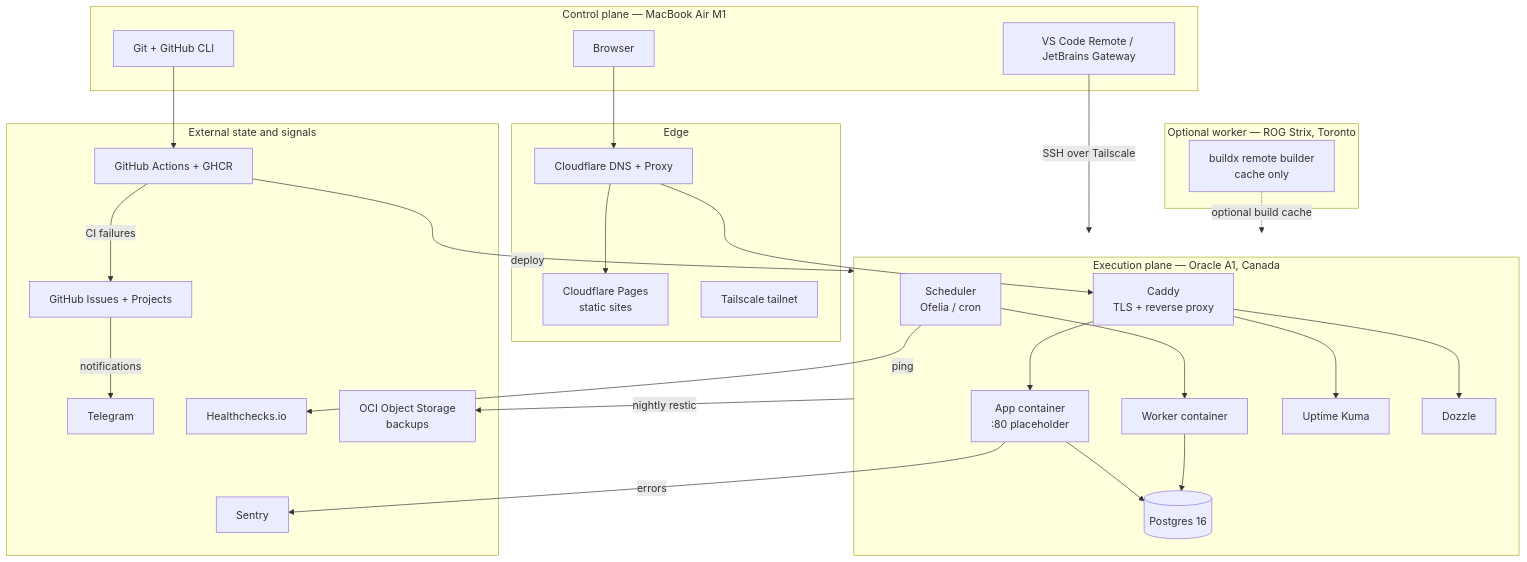
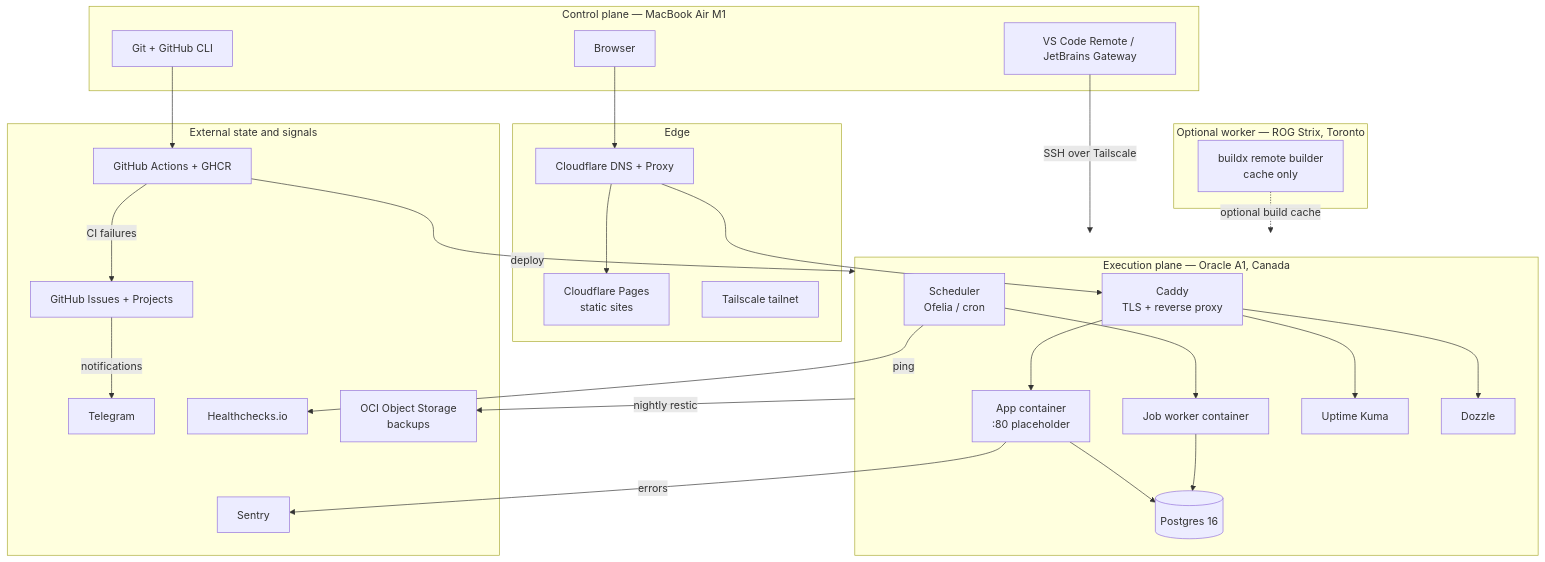
The first of 2 diagrams in docs/architecture.md (KshitijV97/dev-platform), drawn with Mermaid before and after one commit. The commit also changed other lines of this file and 11 other files, not shown here.

````diff
--- a/docs/architecture.md
+++ b/docs/architecture.md
@@ -9,56 +9,56 @@
 ```mermaid
 flowchart TB
   subgraph Client["Control plane — MacBook Air M1"]
     Editor["VS Code Remote / JetBrains Gateway"]
     Browser["Browser"]
     Git["Git + GitHub CLI"]
   end
 
   subgraph Edge["Edge"]
     CF["Cloudflare DNS + Proxy"]
     Pages["Cloudflare Pages<br/>static sites"]
     TS["Tailscale tailnet"]
   end
 
   subgraph Oracle["Execution plane — Oracle A1, Canada"]
     Caddy["Caddy<br/>TLS + reverse proxy"]
     App["App container<br/>:80 placeholder"]
-    Worker["Worker container"]
+    Worker["Job worker container"]
     PG[("Postgres 16")]
     Kuma["Uptime Kuma"]
     Dozzle["Dozzle"]
     Cron["Scheduler<br/>Ofelia / cron"]
   end
 
   subgraph External["External state and signals"]
     GH["GitHub Actions + GHCR"]
     Tracker["GitHub Issues + Projects"]
     TG["Telegram"]
     HC["Healthchecks.io"]
     Sentry["Sentry"]
     Obj["OCI Object Storage<br/>backups"]
   end
 
   subgraph Optional["Optional worker — ROG Strix, Toronto"]
     Buildx["buildx remote builder<br/>cache only"]
   end
 
   Editor -->|SSH over Tailscale| Oracle
   Browser --> CF
   CF --> Caddy
   CF --> Pages
   Git --> GH
   GH -->|deploy| Oracle
   GH -->|CI failures| Tracker
   Tracker -->|notifications| TG
   Caddy --> App
   Caddy --> Kuma
   Caddy --> Dozzle
   App --> PG
   Worker --> PG
   Cron --> Worker
   Cron -->|ping| HC
   App -->|errors| Sentry
   Oracle -->|nightly restic| Obj
   Buildx -.->|optional build cache| Oracle
 ```
````
